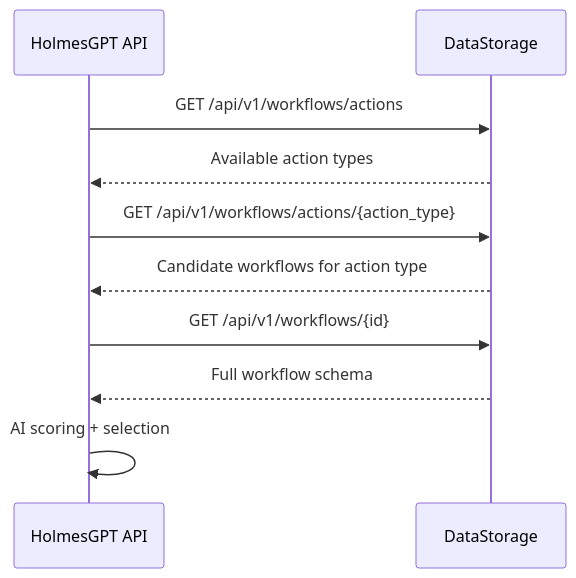
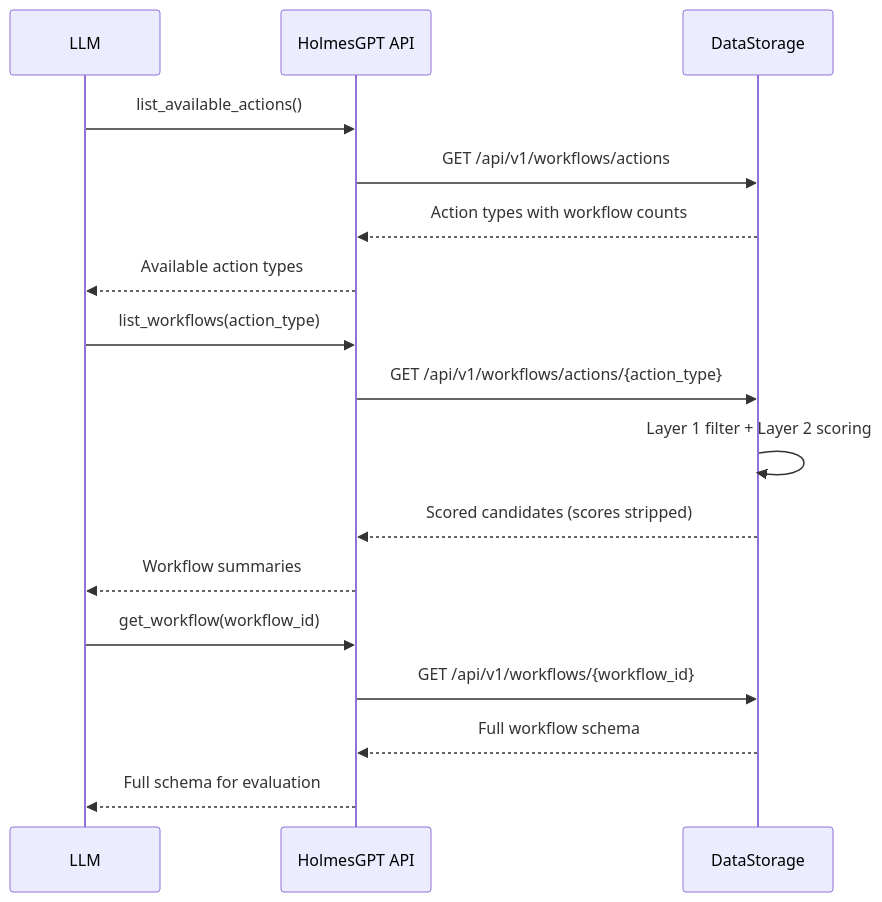
Before and after one commit to jordigilh/kubernaut-docs: the diagram in docs/architecture/workflow-selection.md, drawn with Mermaid. The commit also changed other lines of this file and 12 other files, not shown here.

First line of the commit message:
docs: expand architecture pages with per-service deep dives

````diff
--- a/docs/architecture/workflow-selection.md
+++ b/docs/architecture/workflow-selection.md
@@ -7,13 +7,22 @@
 ```mermaid
 sequenceDiagram
+    participant LLM as LLM
     participant HAPI as HolmesGPT API
     participant DS as DataStorage
 
+    LLM->>HAPI: list_available_actions()
     HAPI->>DS: GET /api/v1/workflows/actions
-    DS-->>HAPI: Available action types
+    DS-->>HAPI: Action types with workflow counts
+    HAPI-->>LLM: Available action types
+
+    LLM->>HAPI: list_workflows(action_type)
     HAPI->>DS: GET /api/v1/workflows/actions/{action_type}
-    DS-->>HAPI: Candidate workflows for action type
-    HAPI->>DS: GET /api/v1/workflows/{id}
+    DS->>DS: Layer 1 filter + Layer 2 scoring
+    DS-->>HAPI: Scored candidates (scores stripped)
+    HAPI-->>LLM: Workflow summaries
+
+    LLM->>HAPI: get_workflow(workflow_id)
+    HAPI->>DS: GET /api/v1/workflows/{workflow_id}
     DS-->>HAPI: Full workflow schema
-    HAPI->>HAPI: AI scoring + selection
+    HAPI-->>LLM: Full schema for evaluation
 ```
````
